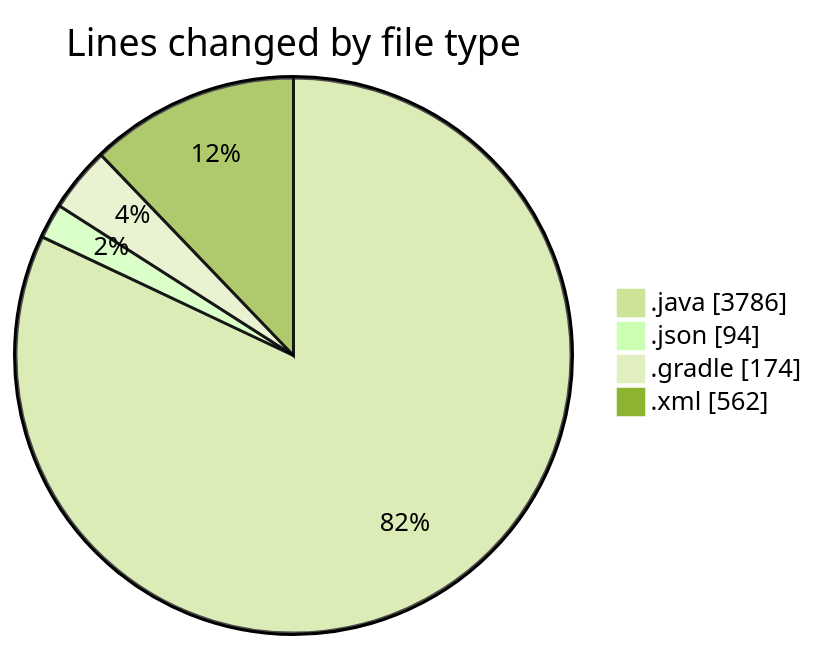
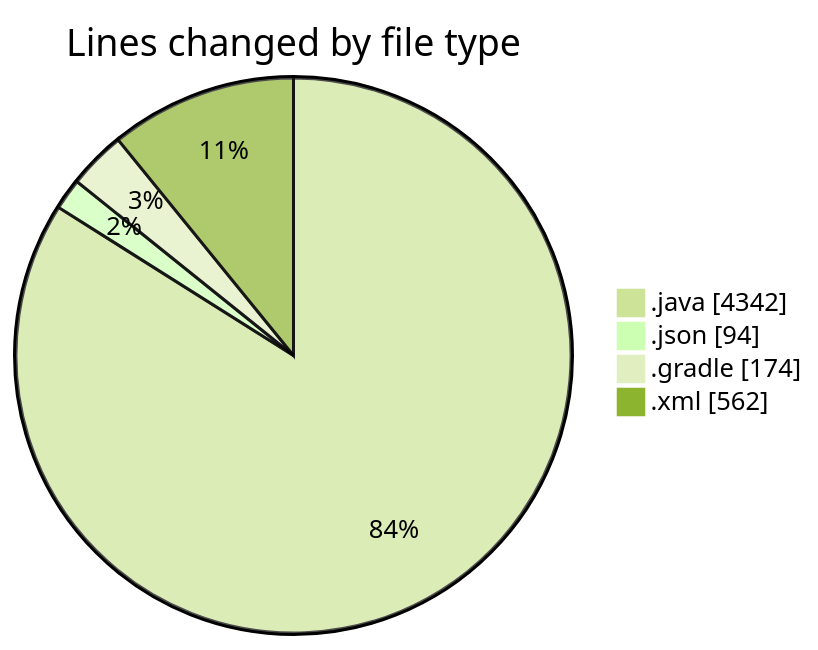
Before and after one commit to charlie-sans/code-tracking: the first of 2 diagrams in 2025-02-22/micros/README.md, drawn with Mermaid (forest theme). The commit also changed other lines of this file and 1 other file, not shown here.

````diff
--- a/2025-02-22/micros/README.md
+++ b/2025-02-22/micros/README.md
@@ -52,8 +56,8 @@
 ```mermaid
 pie showData
 title Lines changed by file type
-".java" : 3786
+".java" : 4342
 ".json" : 94
 ".gradle" : 174
 ".xml" : 562
 ```
````
